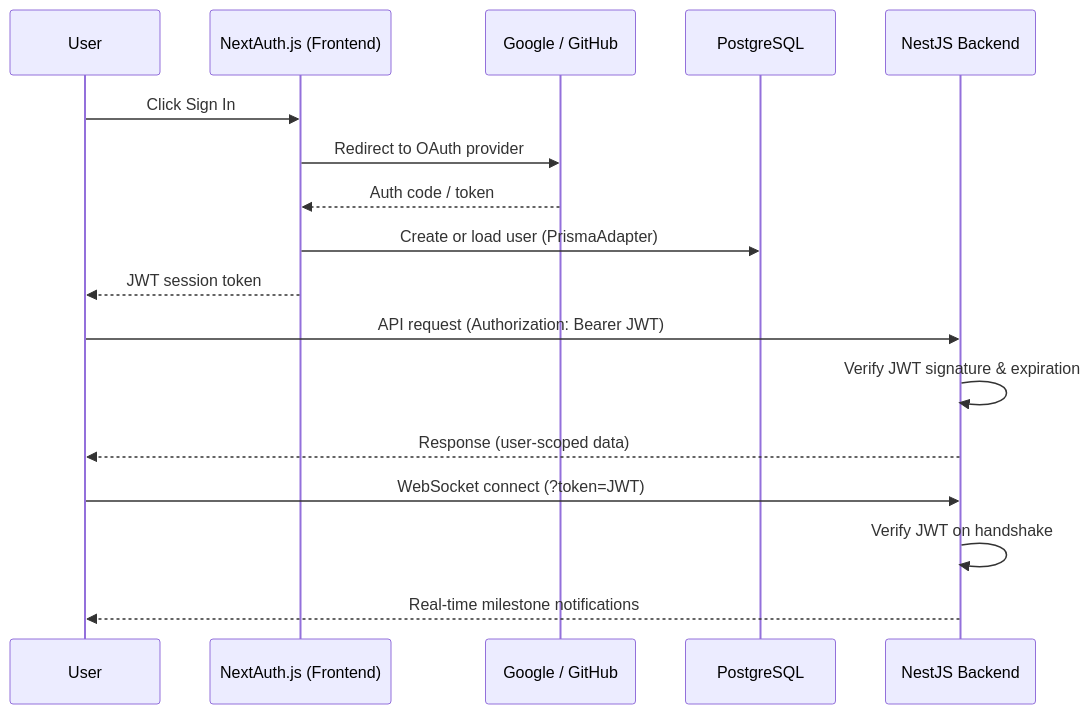
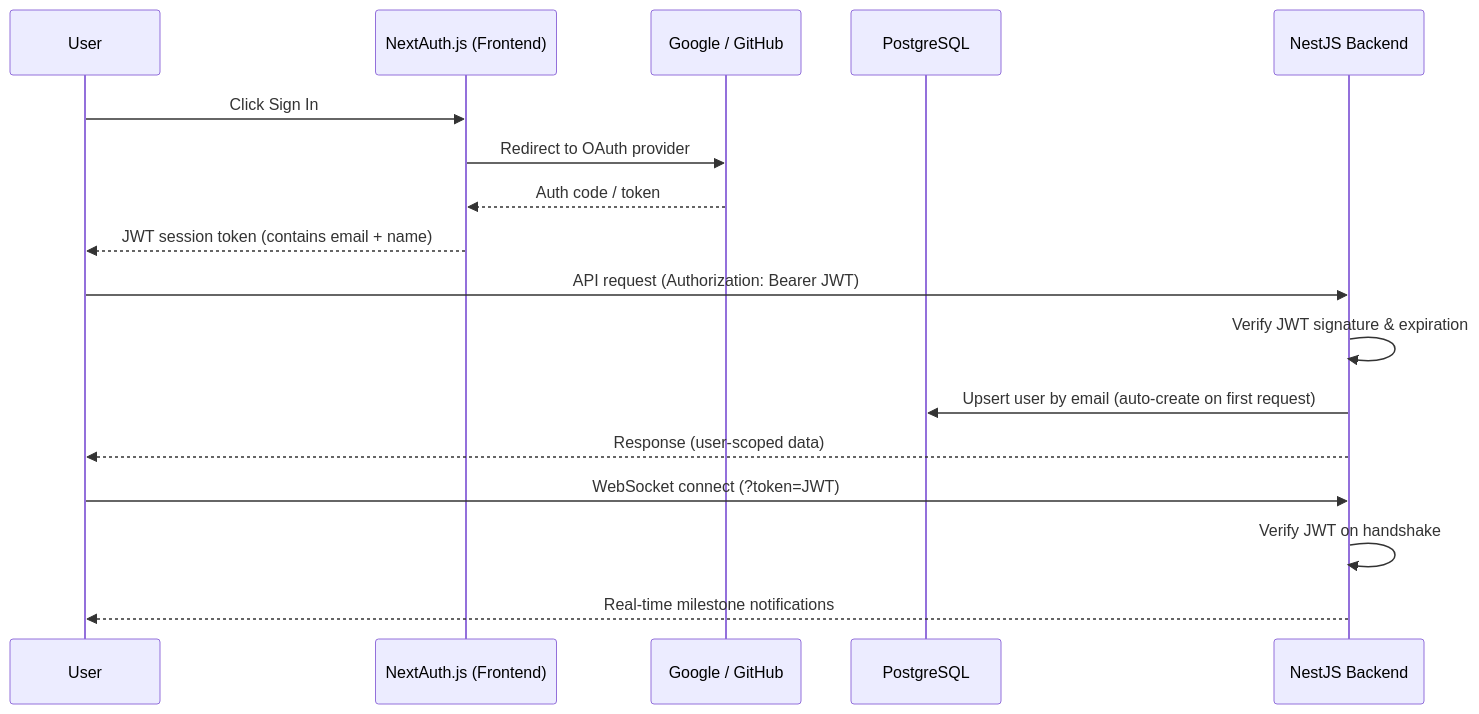
One commit to 1K0t/habit-tracker-with-streaks changed the second of 2 diagrams in README.md. Above: the diagram before and after it, drawn with Mermaid. The commit also changed other lines of this file and 15 other files, not shown here.

````diff
--- a/README.md
+++ b/README.md
@@ -55,22 +55,22 @@
 ```mermaid
 sequenceDiagram
     participant User
     participant NextAuth as NextAuth.js (Frontend)
     participant OAuth as Google / GitHub
     participant DB as PostgreSQL
     participant API as NestJS Backend
 
     User->>NextAuth: Click Sign In
     NextAuth->>OAuth: Redirect to OAuth provider
     OAuth-->>NextAuth: Auth code / token
-    NextAuth->>DB: Create or load user (PrismaAdapter)
-    NextAuth-->>User: JWT session token
+    NextAuth-->>User: JWT session token (contains email + name)
 
     User->>API: API request (Authorization: Bearer JWT)
     API->>API: Verify JWT signature & expiration
+    API->>DB: Upsert user by email (auto-create on first request)
     API-->>User: Response (user-scoped data)
 
     User->>API: WebSocket connect (?token=JWT)
     API->>API: Verify JWT on handshake
     API-->>User: Real-time milestone notifications
 ```
````
